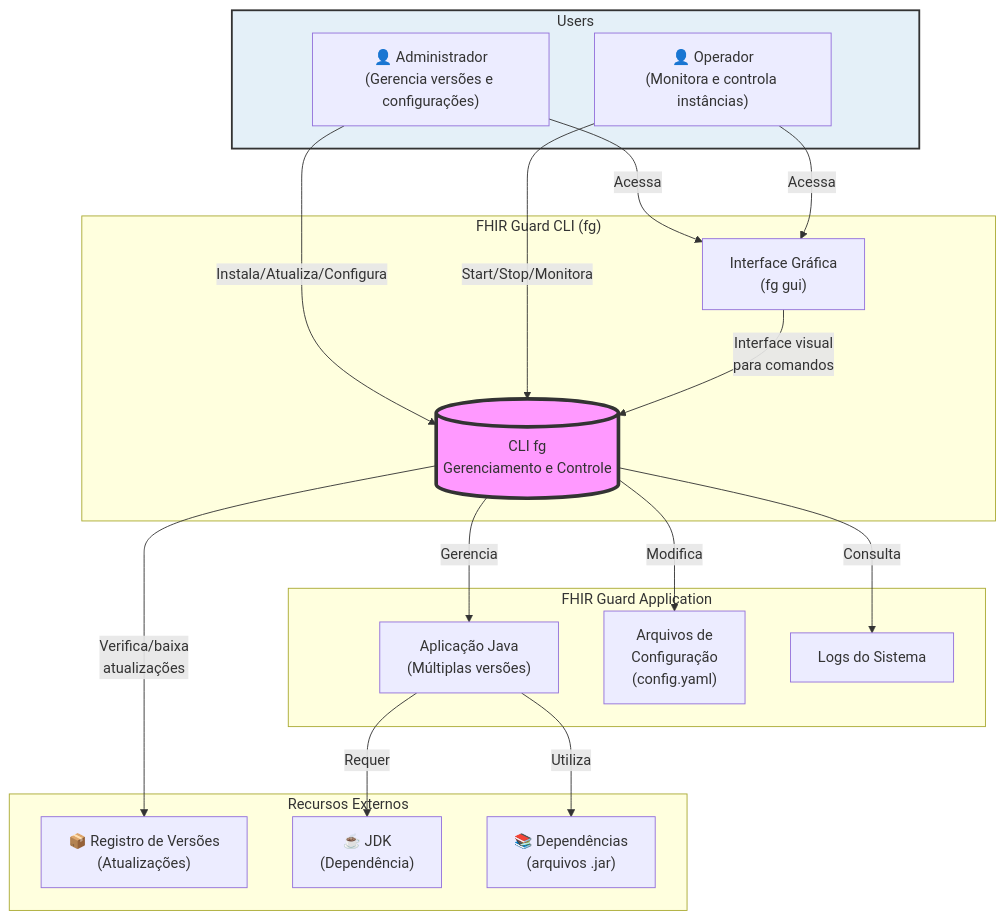
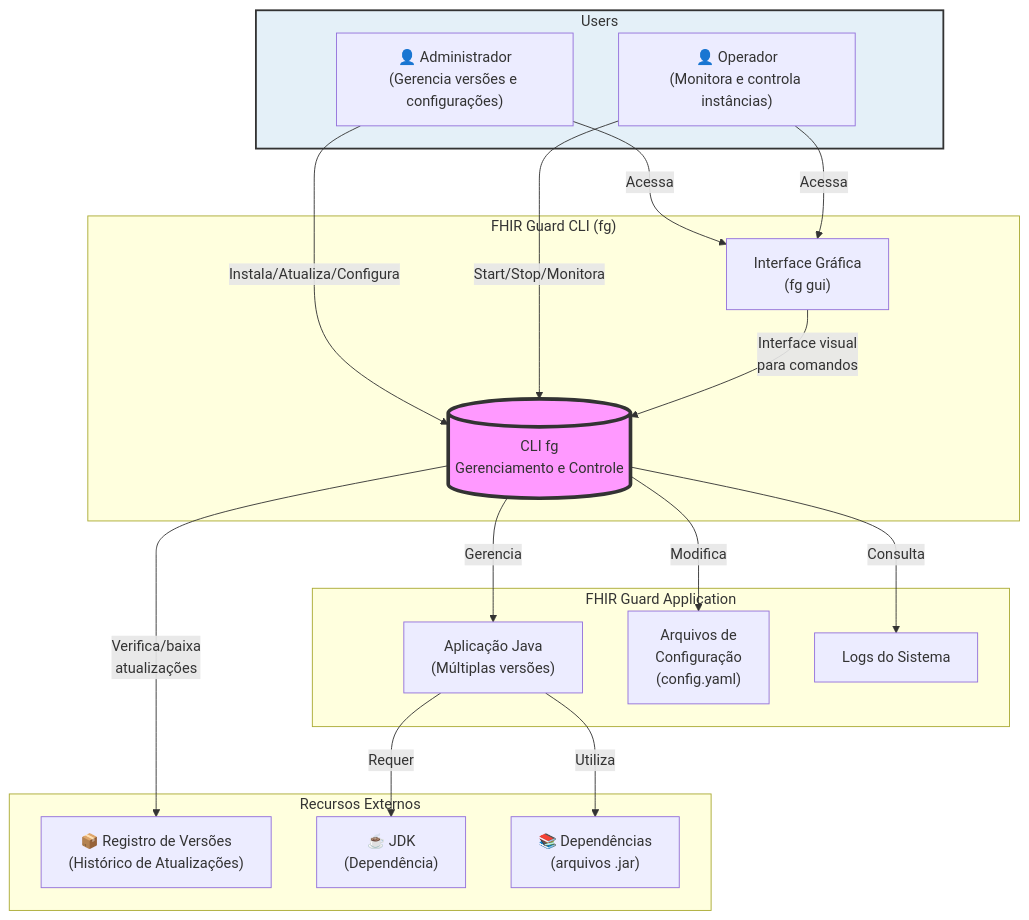
One commit to kyriosdata/construcao-2025-01 changed the diagram in docs/fg-design.md. Above: the diagram before and after it, drawn with Mermaid. The commit also changed 1 other file, not shown here.

````diff
--- a/docs/fg-design.md
+++ b/docs/fg-design.md
@@ -3,40 +3,40 @@
 ```mermaid
 flowchart TB
     subgraph Users
         admin["👤 Administrador<br>(Gerencia versões e configurações)"]
         operator["👤 Operador<br>(Monitora e controla instâncias)"]
     end
 
     subgraph "FHIR Guard CLI (fg)"
         cli[("CLI fg<br>Gerenciamento e Controle")]
         gui["Interface Gráfica<br>(fg gui)"]
     end
 
     subgraph "FHIR Guard Application"
         fgApp["Aplicação Java<br>(Múltiplas versões)"]
         config["Arquivos de<br>Configuração<br>(config.yaml)"]
         logs["Logs do Sistema"]
     end
 
     subgraph "Recursos Externos"
-        registry["📦 Registro de Versões<br>(Atualizações)"]
+        registry["📦 Registro de Versões<br>(Histórico de Atualizações)"]
         jdk["☕ JDK<br>(Dependência)"]
         deps["📚 Dependências<br>(arquivos .jar)"]
     end
 
     admin -->|"Instala/Atualiza/Configura"| cli
     operator -->|"Start/Stop/Monitora"| cli
     admin & operator -->|"Acessa"| gui
 
     cli -->|"Gerencia"| fgApp
     cli -->|"Modifica"| config
     cli -->|"Consulta"| logs
     gui -->|"Interface visual<br>para comandos"| cli
 
     cli -->|"Verifica/baixa<br>atualizações"| registry
     fgApp -->|"Requer"| jdk
     fgApp -->|"Utiliza"| deps
 
     style cli fill:#f9f,stroke:#333,stroke-width:4px
     style Users fill:#e4f0f8,stroke:#333,stroke-width:2px
 ```
````
